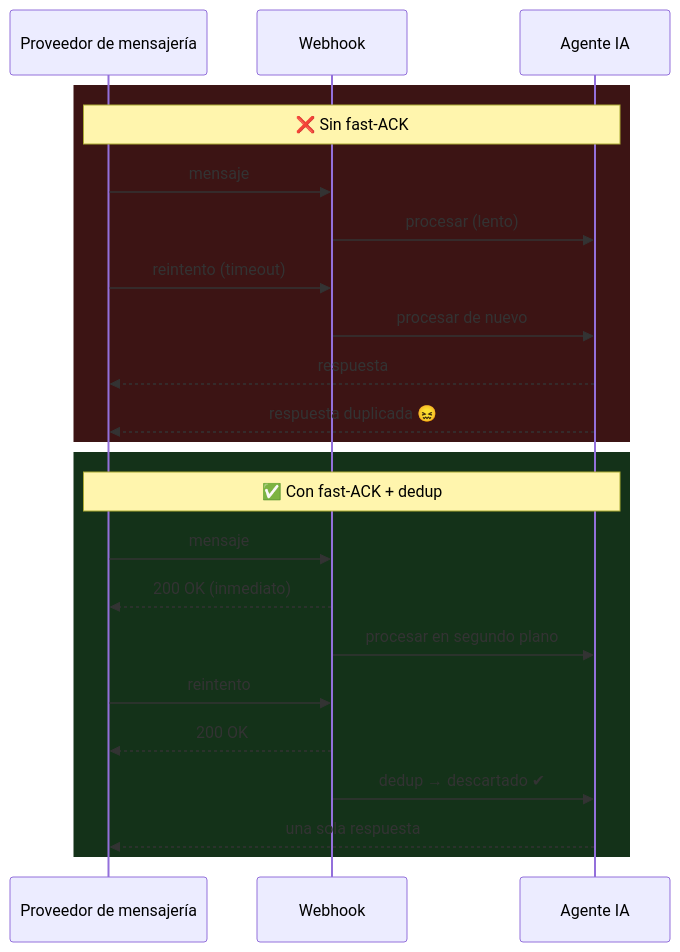
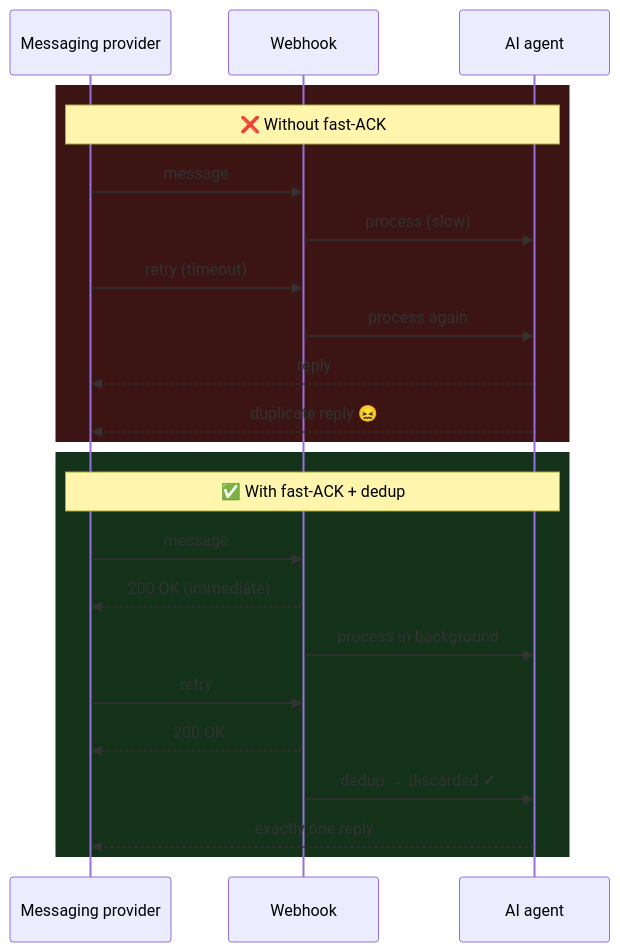
One commit to BhrayanM/Portafolio changed the second of 2 diagrams in projects/whatsapp-agent/README.md. Above: the diagram before and after it, drawn with Mermaid. The commit also changed other lines of this file and 59 other files, not shown here.

````diff
--- a/projects/whatsapp-agent/README.md
+++ b/projects/whatsapp-agent/README.md
@@ -103,27 +102,27 @@
 ```mermaid
 sequenceDiagram
-    participant P as Proveedor de mensajería
+    participant P as Messaging provider
     participant W as Webhook
-    participant A as Agente IA
+    participant A as AI agent
 
     rect rgb(60, 20, 20)
-    Note over P,A: ❌ Sin fast-ACK
-    P->>W: mensaje
-    W->>A: procesar (lento)
-    P->>W: reintento (timeout)
-    W->>A: procesar de nuevo
-    A-->>P: respuesta
-    A-->>P: respuesta duplicada 😖
+    Note over P,A: ❌ Without fast-ACK
+    P->>W: message
+    W->>A: process (slow)
+    P->>W: retry (timeout)
+    W->>A: process again
+    A-->>P: reply
+    A-->>P: duplicate reply 😖
     end
 
     rect rgb(20, 50, 25)
-    Note over P,A: ✅ Con fast-ACK + dedup
-    P->>W: mensaje
-    W-->>P: 200 OK (inmediato)
-    W->>A: procesar en segundo plano
-    P->>W: reintento
+    Note over P,A: ✅ With fast-ACK + dedup
+    P->>W: message
+    W-->>P: 200 OK (immediate)
+    W->>A: process in background
+    P->>W: retry
     W-->>P: 200 OK
-    W->>A: dedup → descartado ✔
-    A-->>P: una sola respuesta
+    W->>A: dedup → discarded ✔
+    A-->>P: exactly one reply
     end
 ```
````
